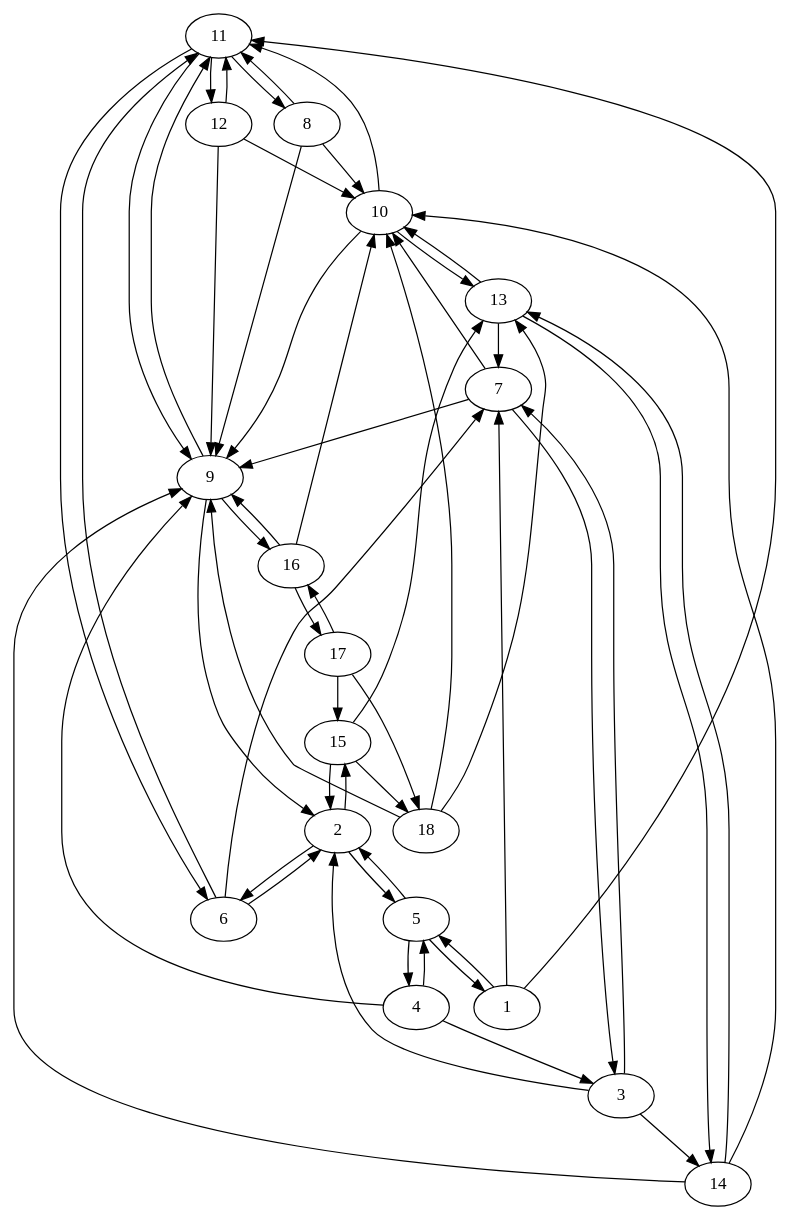
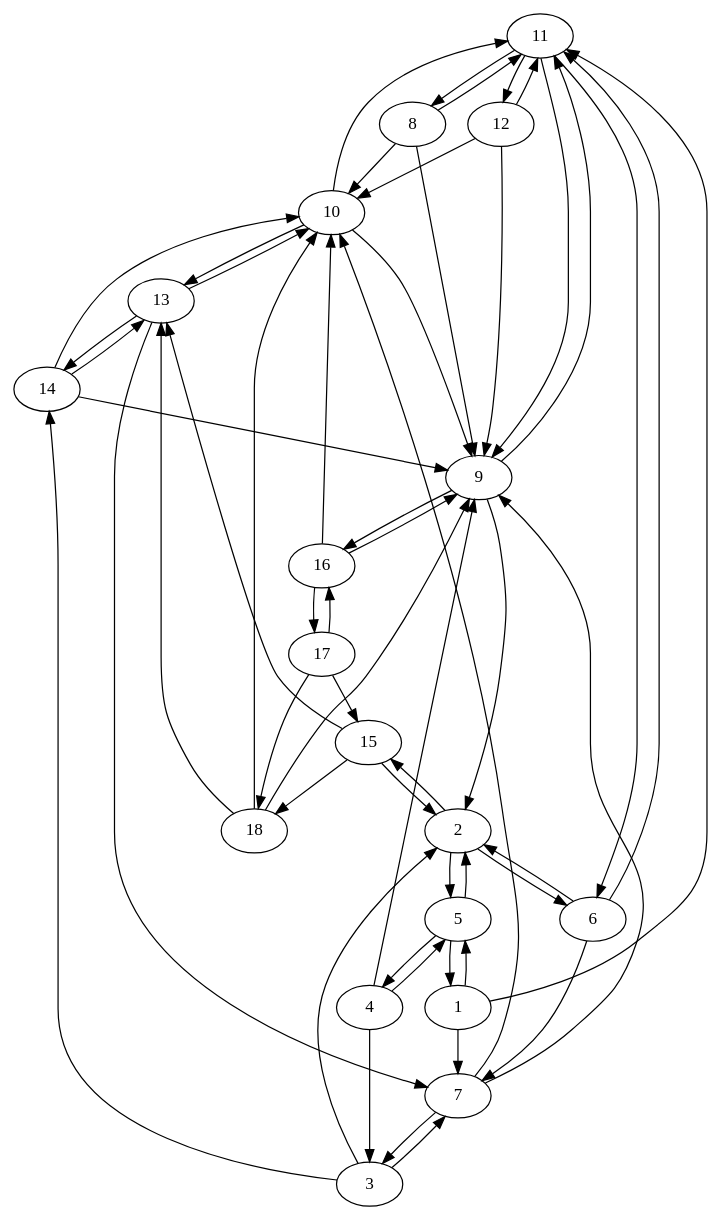
Before and after one commit to drewconway/NetworkX_Intro_Materials: the diagram in data/samp_like_dot.dot, drawn with Graphviz. The commit also changed other lines of this file and 1 other file, not shown here.

```diff
--- a/data/samp_like_dot.dot
+++ b/data/samp_like_dot.dot
@@ -1,57 +1,57 @@
 strict digraph  {
-	11 -> 12;
+	11 -> 8;
 	11 -> 6;
 	11 -> 9;
-	11 -> 8;
+	11 -> 12;
+	10 -> 11;
 	10 -> 13;
-	10 -> 11;
 	10 -> 9;
 	13 -> 10;
+	13 -> 7;
 	13 -> 14;
-	13 -> 7;
+	12 -> 11;
 	12 -> 10;
-	12 -> 11;
 	12 -> 9;
 	15 -> 13;
 	15 -> 2;
 	15 -> 18;
 	14 -> 10;
 	14 -> 13;
 	14 -> 9;
 	17 -> 16;
+	17 -> 15;
 	17 -> 18;
-	17 -> 15;
 	16 -> 10;
+	16 -> 9;
 	16 -> 17;
-	16 -> 9;
 	18 -> 10;
 	18 -> 13;
 	18 -> 9;
+	1 -> 11;
 	1 -> 5;
-	1 -> 11;
 	1 -> 7;
 	3 -> 2;
+	3 -> 7;
 	3 -> 14;
-	3 -> 7;
+	2 -> 6;
 	2 -> 5;
 	2 -> 15;
-	2 -> 6;
 	5 -> 2;
 	5 -> 4;
 	5 -> 1;
+	4 -> 9;
+	4 -> 5;
 	4 -> 3;
-	4 -> 5;
-	4 -> 9;
 	7 -> 10;
+	7 -> 9;
 	7 -> 3;
-	7 -> 9;
+	6 -> 11;
 	6 -> 2;
-	6 -> 11;
 	6 -> 7;
+	9 -> 11;
 	9 -> 2;
 	9 -> 16;
-	9 -> 11;
+	8 -> 11;
 	8 -> 10;
-	8 -> 11;
 	8 -> 9;
 }
```
